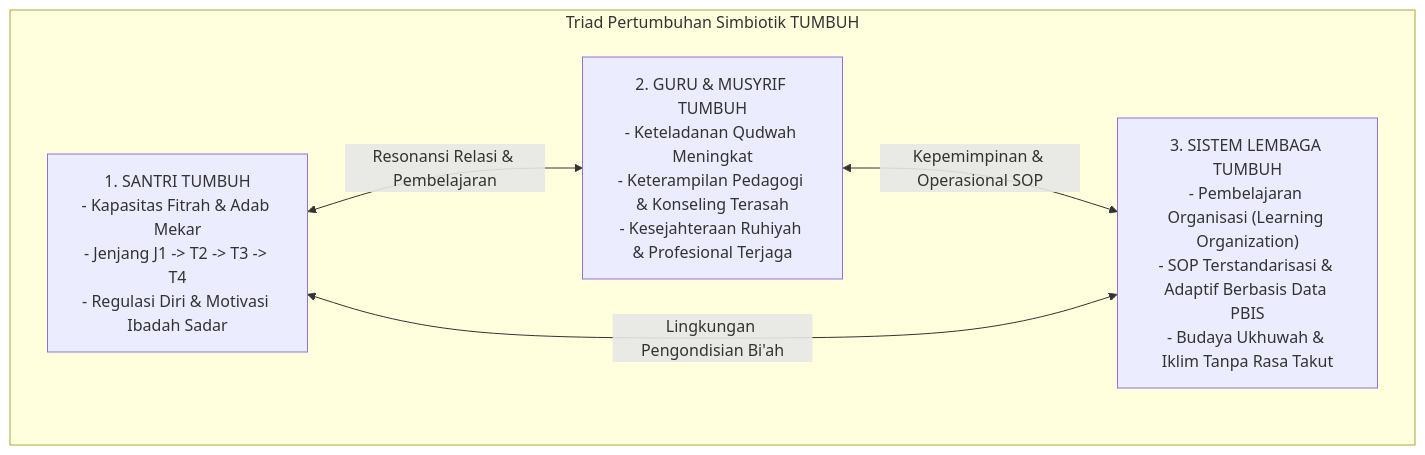
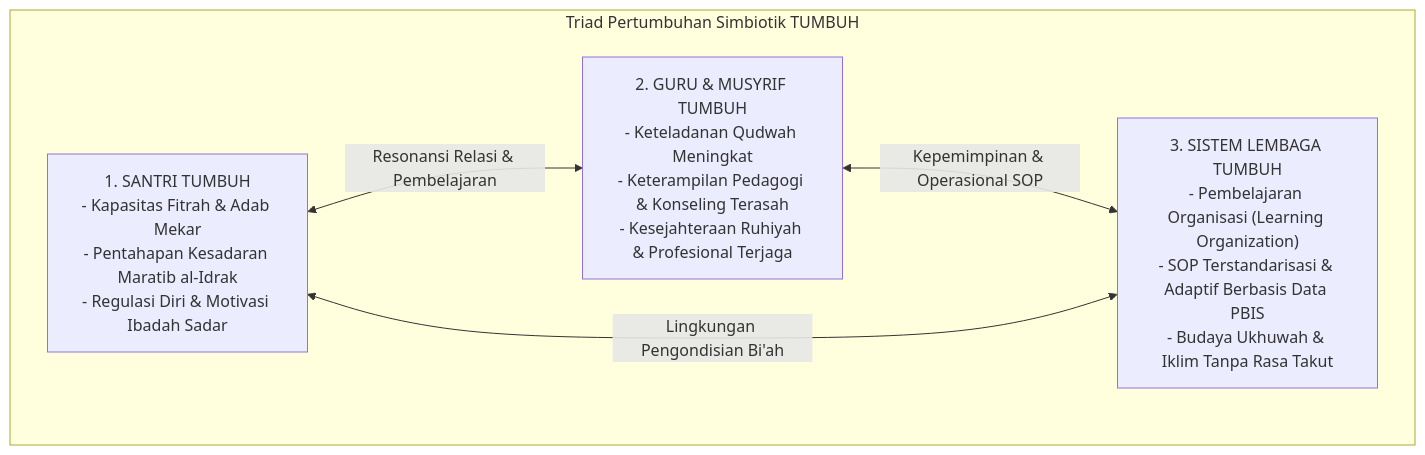
The diagram in 01 Philosophy/P1-00-Model-Pertumbuhan-Triadik.md (wandiapriliyandi/tumbuh), drawn with Mermaid before and after one commit. The commit also changed other lines of this file and 62 other files, not shown here.

````diff
--- a/01 Philosophy/P1-00-Model-Pertumbuhan-Triadik.md
+++ b/01 Philosophy/P1-00-Model-Pertumbuhan-Triadik.md
@@ -18,12 +18,12 @@
 ```mermaid
 graph TD
     subgraph Ekosistem_TUMBUH["Triad Pertumbuhan Simbiotik TUMBUH"]
-        Santri["1. SANTRI TUMBUH<br/>- Kapasitas Fitrah & Adab Mekar<br/>- Jenjang J1 -> T2 -> T3 -> T4<br/>- Regulasi Diri & Motivasi Ibadah Sadar"]
+        Santri["1. SANTRI TUMBUH<br/>- Kapasitas Fitrah & Adab Mekar<br/>- Pentahapan Kesadaran Maratib al-Idrak<br/>- Regulasi Diri & Motivasi Ibadah Sadar"]
         Guru["2. GURU & MUSYRIF TUMBUH<br/>- Keteladanan Qudwah Meningkat<br/>- Keterampilan Pedagogi & Konseling Terasah<br/>- Kesejahteraan Ruhiyah & Profesional Terjaga"]
         Sistem["3. SISTEM LEMBAGA TUMBUH<br/>- Pembelajaran Organisasi (Learning Organization)<br/>- SOP Terstandarisasi & Adaptif Berbasis Data PBIS<br/>- Budaya Ukhuwah & Iklim Tanpa Rasa Takut"]
     end
 
     Santri <--> |Resonansi Relasi & Pembelajaran| Guru
     Guru <--> |Kepemimpinan & Operasional SOP| Sistem
     Sistem <--> |Lingkungan Pengondisian Bi'ah| Santri
 ```
````
